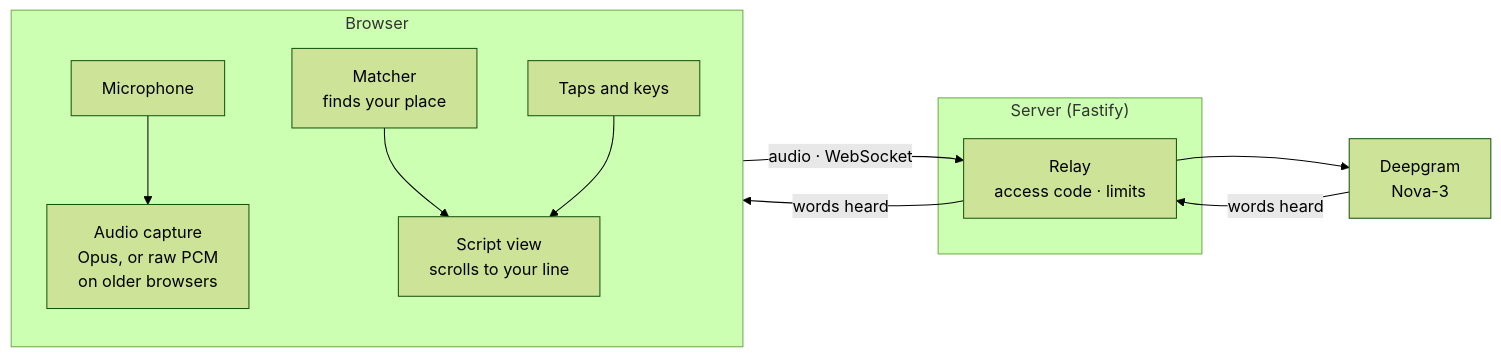
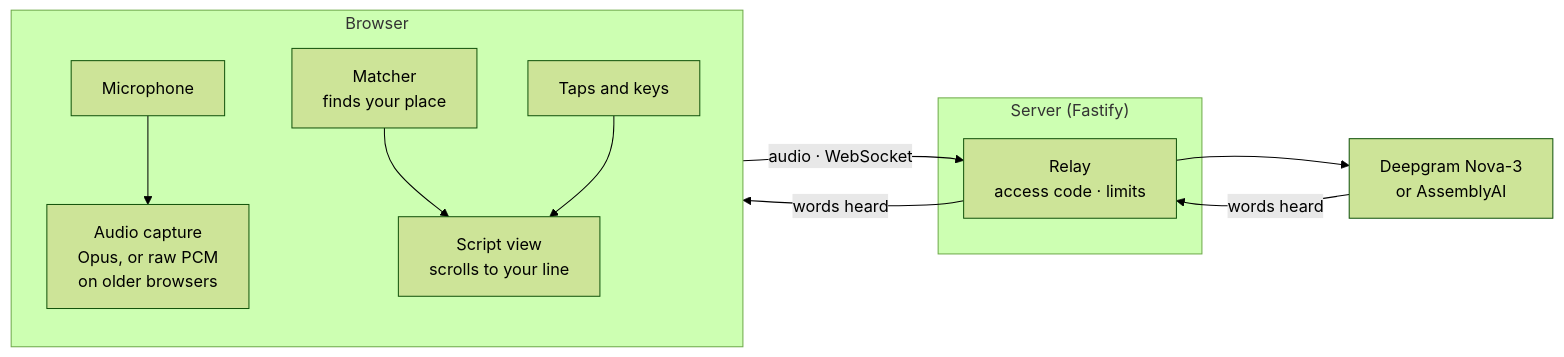
Before and after one commit to rimorin/tk_teleprompter: the second of 4 diagrams in README.md, drawn with Mermaid (forest theme). The commit also changed other lines of this file and 6 other files, not shown here.

````diff
--- a/README.md
+++ b/README.md
@@ -287,16 +293,16 @@
 ```mermaid
 flowchart LR
     subgraph browser["Browser"]
         direction TB
         mic["Microphone"] --> enc["Audio capture<br/>Opus, or raw PCM<br/>on older browsers"]
         match["Matcher<br/>finds your place"] --> view["Script view<br/>scrolls to your line"]
         taps["Taps and keys"] --> view
     end
     subgraph backend["Server (Fastify)"]
         relay["Relay<br/>access code · limits"]
     end
-    dg["Deepgram<br/>Nova-3"]
+    dg["Deepgram Nova-3<br/>or AssemblyAI"]
 
     enc -- "audio · WebSocket" --> relay --> dg
     dg -- "words heard" --> relay -- "words heard" --> match
 ```
````
